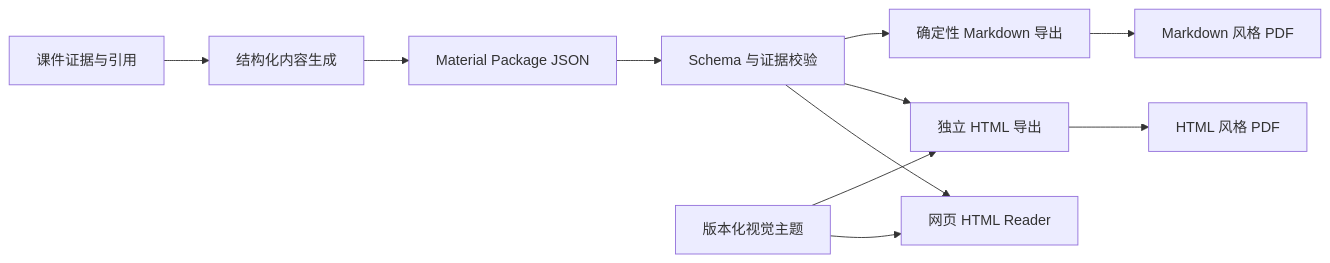
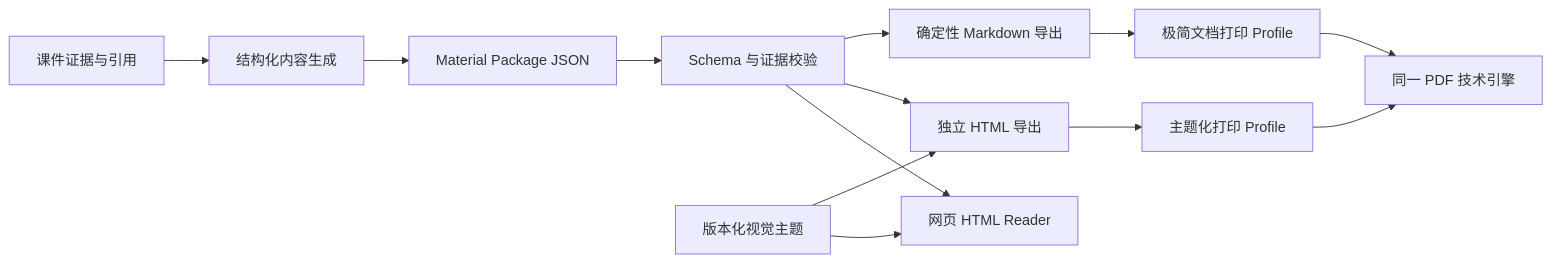
The diagram in docs/architecture/material-package-html-rendering.md (TyrionH-is-coding/J-Study), drawn with Mermaid before and after one commit. The commit also changed other lines of this file and 3 other files, not shown here.

````diff
--- a/docs/architecture/material-package-html-rendering.md
+++ b/docs/architecture/material-package-html-rendering.md
@@ -17,13 +17,15 @@
 ```mermaid
 flowchart LR
     Evidence["课件证据与引用"] --> Generation["结构化内容生成"]
     Generation --> Package["Material Package JSON"]
     Package --> Validation["Schema 与证据校验"]
     Validation --> Web["网页 HTML Reader"]
     Validation --> HtmlExport["独立 HTML 导出"]
     Validation --> MdExport["确定性 Markdown 导出"]
-    HtmlExport --> HtmlPdf["HTML 风格 PDF"]
-    MdExport --> MdPdf["Markdown 风格 PDF"]
+    HtmlExport --> HtmlPrint["主题化打印 Profile"]
+    MdExport --> MdPrint["极简文档打印 Profile"]
+    HtmlPrint --> PdfEngine["同一 PDF 技术引擎"]
+    MdPrint --> PdfEngine
     Theme["版本化视觉主题"] --> Web
     Theme --> HtmlExport
 ```
````
